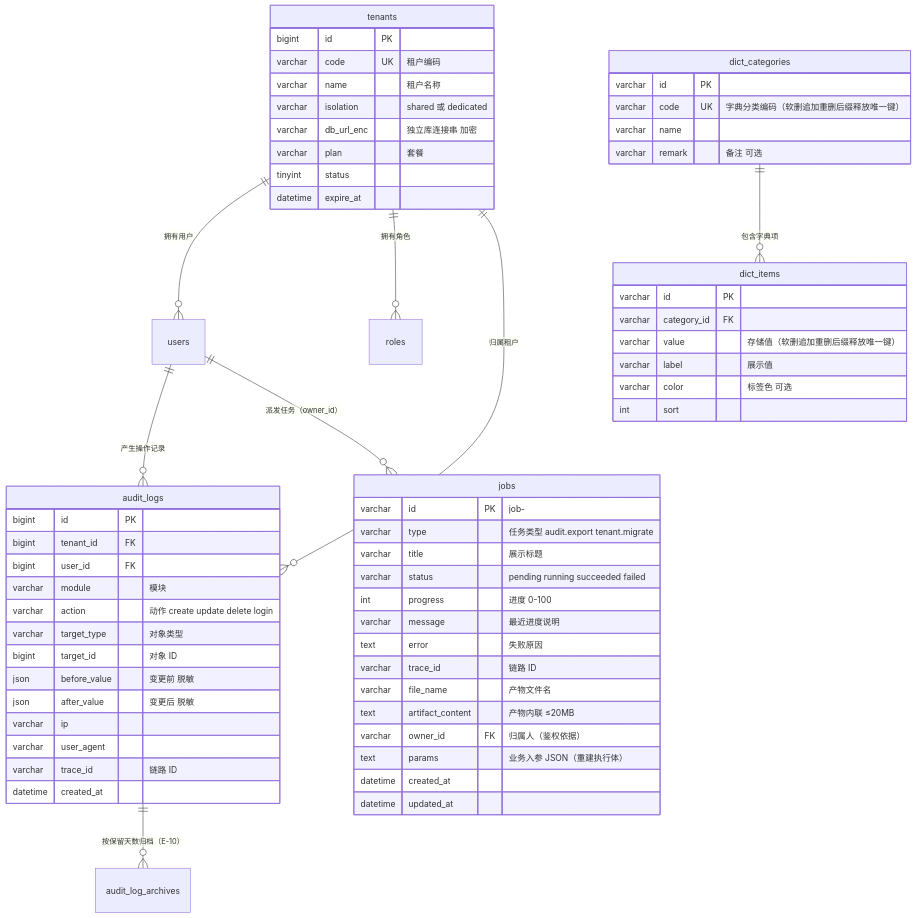
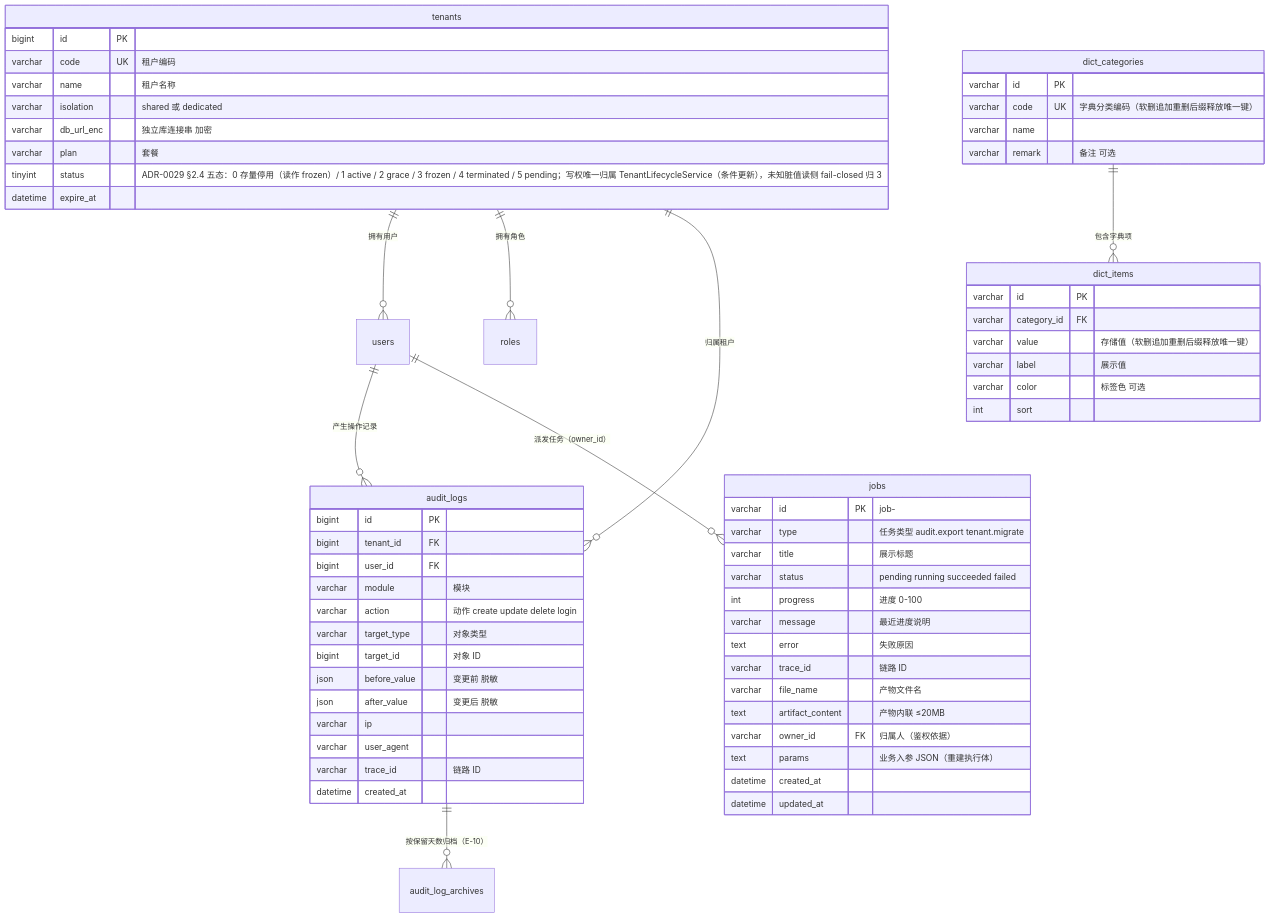
One commit to donttemos/TY changed the second of 2 diagrams in docs/30-data-dictionary.md. Above: the diagram before and after it, drawn with Mermaid. The commit also changed other lines of this file and 21 other files, not shown here.

````diff
--- a/docs/30-data-dictionary.md
+++ b/docs/30-data-dictionary.md
@@ -154,66 +154,66 @@
 ```mermaid
 erDiagram
     tenants ||--o{ users : "拥有用户"
     tenants ||--o{ roles : "拥有角色"
     dict_categories ||--o{ dict_items : "包含字典项"
     users ||--o{ audit_logs : "产生操作记录"
     tenants ||--o{ audit_logs : "归属租户"
     audit_logs ||--o{ audit_log_archives : "按保留天数归档（E-10）"
     users ||--o{ jobs : "派发任务（owner_id）"
 
     tenants {
         bigint id PK
         varchar code UK "租户编码"
         varchar name "租户名称"
         varchar isolation "shared 或 dedicated"
         varchar db_url_enc "独立库连接串 加密"
         varchar plan "套餐"
-        tinyint status
+        tinyint status "ADR-0029 §2.4 五态：0 存量停用（读作 frozen）/ 1 active / 2 grace / 3 frozen / 4 terminated / 5 pending；写权唯一归属 TenantLifecycleService（条件更新），未知脏值读侧 fail-closed 归 3"
         datetime expire_at
     }
     dict_categories {
         varchar id PK
         varchar code UK "字典分类编码（软删追加重删后缀释放唯一键）"
         varchar name
         varchar remark "备注 可选"
     }
     dict_items {
         varchar id PK
         varchar category_id FK
         varchar value "存储值（软删追加重删后缀释放唯一键）"
         varchar label "展示值"
         varchar color "标签色 可选"
         int sort
     }
     audit_logs {
         bigint id PK
         bigint tenant_id FK
         bigint user_id FK
         varchar module "模块"
         varchar action "动作 create update delete login"
         varchar target_type "对象类型"
         bigint target_id "对象 ID"
         json before_value "变更前 脱敏"
         json after_value "变更后 脱敏"
         varchar ip
         varchar user_agent
         varchar trace_id "链路 ID"
         datetime created_at
     }
     jobs {
         varchar id PK "job-<uuid>"
         varchar type "任务类型 audit.export tenant.migrate"
         varchar title "展示标题"
         varchar status "pending running succeeded failed"
         int progress "进度 0-100"
         varchar message "最近进度说明"
         text error "失败原因"
         varchar trace_id "链路 ID"
         varchar file_name "产物文件名"
         text artifact_content "产物内联 ≤20MB"
         varchar owner_id FK "归属人（鉴权依据）"
         text params "业务入参 JSON（重建执行体）"
         datetime created_at
         datetime updated_at
     }
 ```
````
